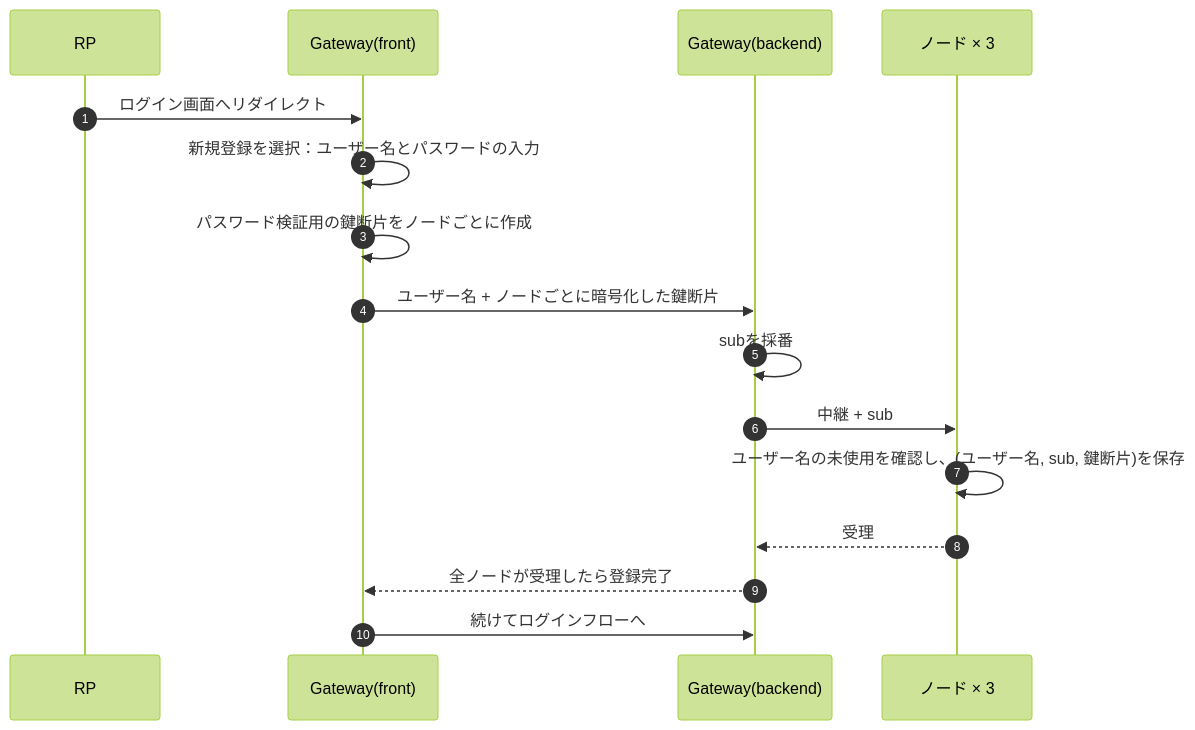
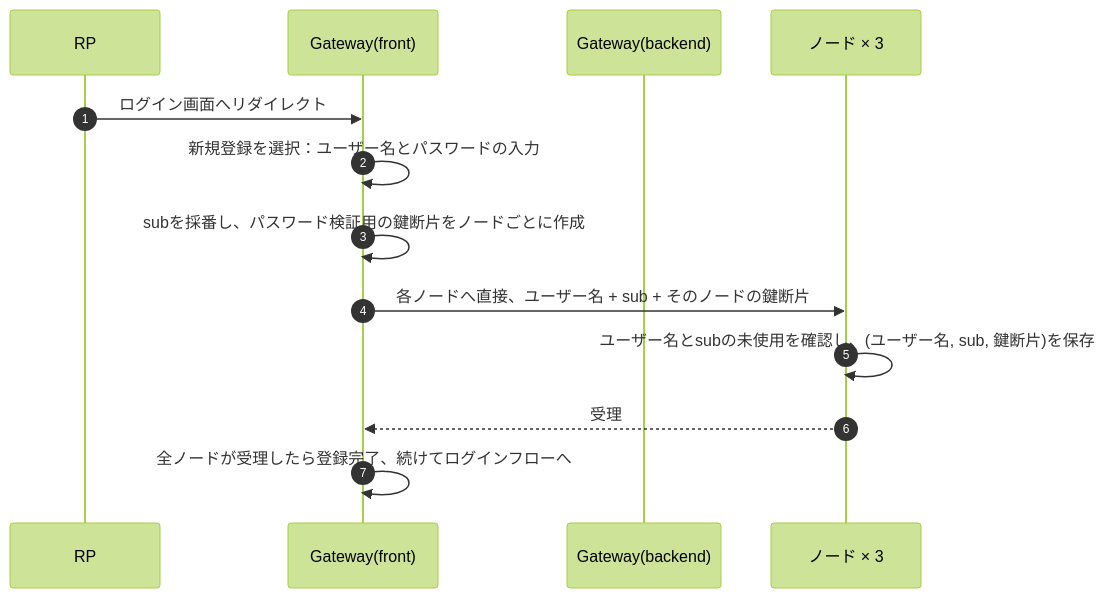
One commit to oskn259/decentralized_idp changed the first of 4 diagrams in docs/requirements/whitepaper.md. Above: the diagram before and after it, drawn with Mermaid (forest theme). The commit also changed other lines of this file and 18 other files, not shown here.

````diff
--- a/docs/requirements/whitepaper.md
+++ b/docs/requirements/whitepaper.md
@@ -73,18 +73,15 @@
 ```mermaid
 sequenceDiagram
     autonumber
     participant RP
     participant GF as Gateway(front)
     participant GB as Gateway(backend)
     participant N as ノード × 3
     RP->>GF: ログイン画面へリダイレクト
     GF->>GF: 新規登録を選択：ユーザー名とパスワードの入力
-    GF->>GF: パスワード検証用の鍵断片をノードごとに作成
-    GF->>GB: ユーザー名 + ノードごとに暗号化した鍵断片
-    GB->>GB: subを採番
-    GB->>N: 中継 + sub
-    N->>N: ユーザー名の未使用を確認し、(ユーザー名, sub, 鍵断片)を保存
-    N-->>GB: 受理
-    GB-->>GF: 全ノードが受理したら登録完了
-    GF->>GB: 続けてログインフローへ
+    GF->>GF: subを採番し、パスワード検証用の鍵断片をノードごとに作成
+    GF->>N: 各ノードへ直接、ユーザー名 + sub + そのノードの鍵断片
+    N->>N: ユーザー名とsubの未使用を確認し、(ユーザー名, sub, 鍵断片)を保存
+    N-->>GF: 受理
+    GF->>GF: 全ノードが受理したら登録完了、続けてログインフローへ
 ```
````
